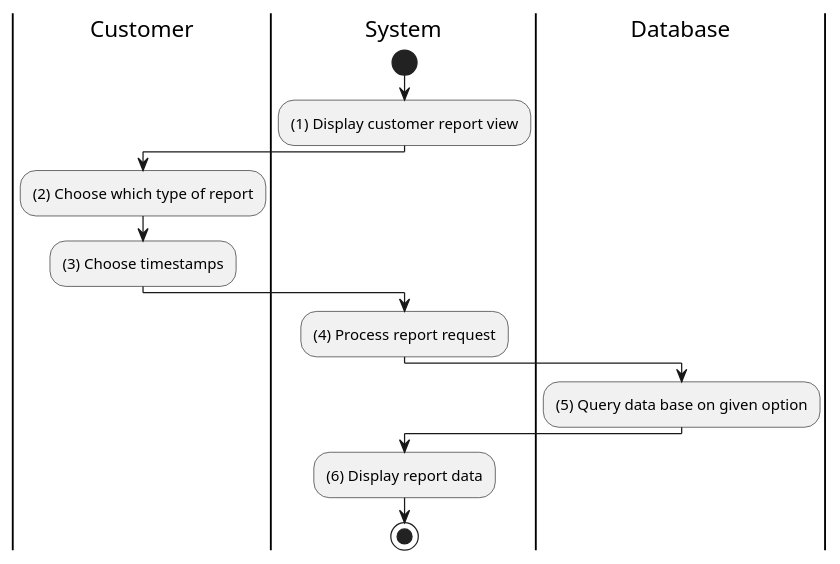
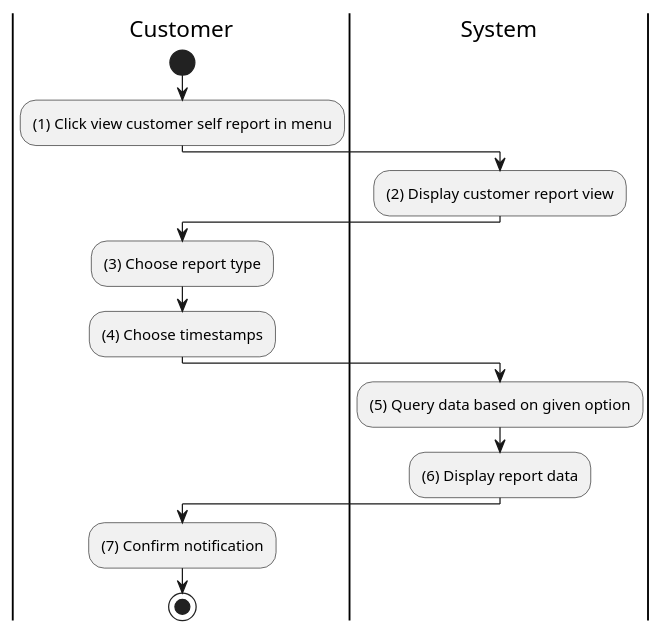
One commit to electricilies/electricilies.github.io changed the diagram in docs/software-docs/activity/view-customer-self-report/view-customer-self-report.md. Above: the diagram before and after it, drawn with PlantUML. The commit also changed 47 other files, not shown here.

````diff
--- a/docs/software-docs/activity/view-customer-self-report/view-customer-self-report.md
+++ b/docs/software-docs/activity/view-customer-self-report/view-customer-self-report.md
@@ -3,22 +3,21 @@
 ```plantuml
 @startuml
 |C|Customer
 |S|System
-|D|Database
 
+|C|
+start
+:(1) Click view customer self report in menu;
 |S|
-start
-:(1) Display customer report view;
+:(2) Display customer report view;
 |C|
-:(2) Choose which type of report;
-:(3) Choose timestamps;
+:(3) Choose report type;
+:(4) Choose timestamps;
 |S|
-:(4) Process report request;
-|D|
-:(5) Query data base on given option;
-|S|
+:(5) Query data based on given option;
 :(6) Display report data;
+|C|
+:(7) Confirm notification;
 stop
-
 @enduml
 ```
````
